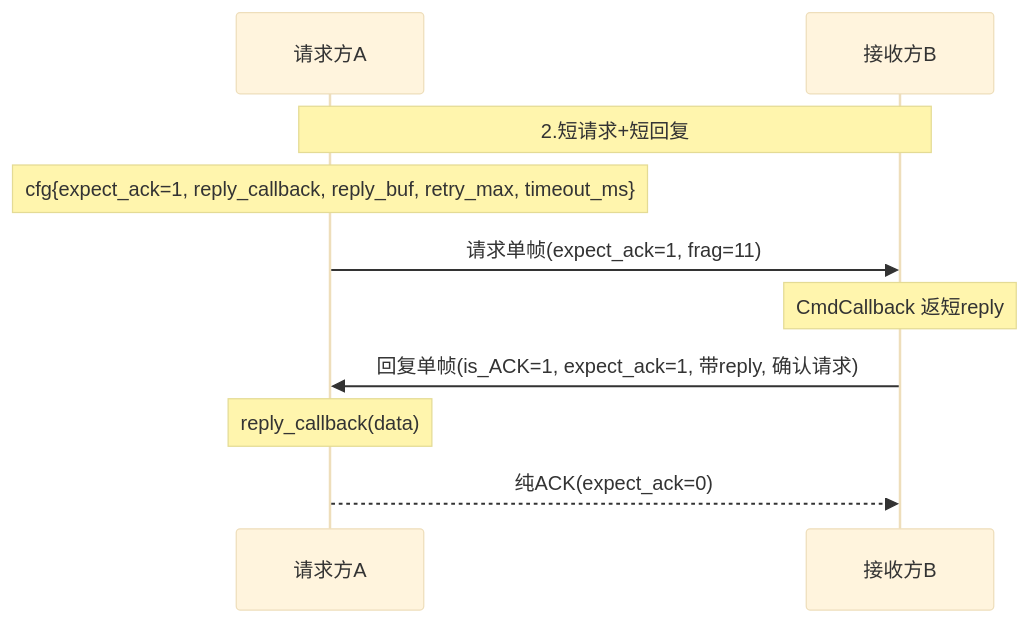
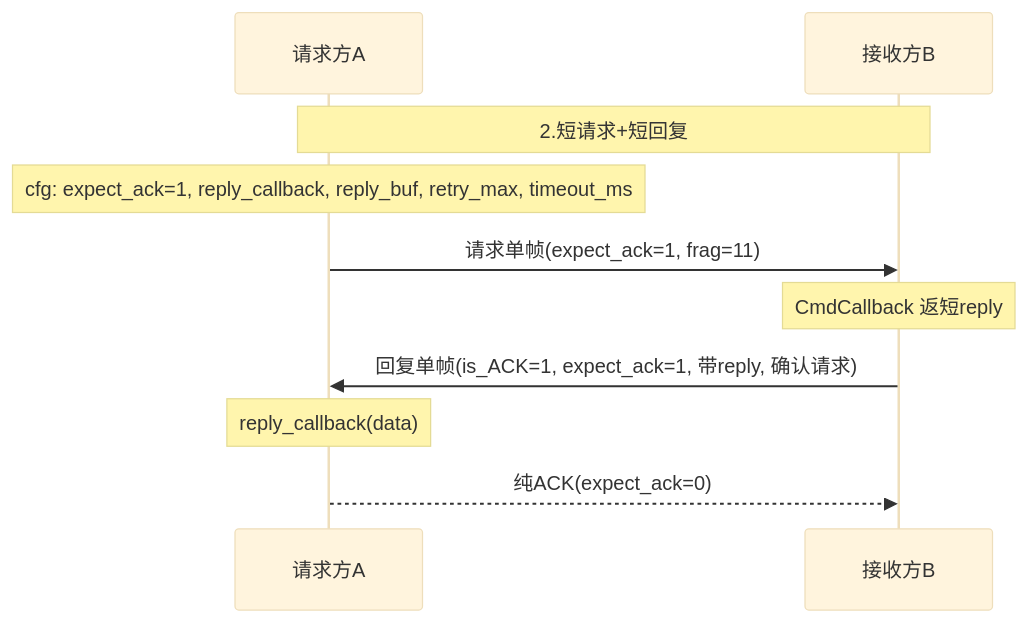
One commit to Siaiai/ObsidianNote changed the second of 14 diagrams in 工作/项目/代码/260401S3分拣面板-SIA-R9000P.md. Above: the diagram before and after it, drawn with Mermaid (base theme). The commit also changed other lines of this file and 1 other file, not shown here.

````diff
--- a/工作/项目/代码/260401S3分拣面板-SIA-R9000P.md
+++ b/工作/项目/代码/260401S3分拣面板-SIA-R9000P.md
@@ -111,12 +111,12 @@
 ```mermaid
 sequenceDiagram
     participant A as 请求方A
     participant B as 接收方B
     Note over A,B: 2.短请求+短回复
-    Note over A: cfg{expect_ack=1, reply_callback, reply_buf, retry_max, timeout_ms}
+    Note over A: cfg: expect_ack=1, reply_callback, reply_buf, retry_max, timeout_ms
     A->>B: 请求单帧(expect_ack=1, frag=11)
     Note over B: CmdCallback 返短reply
     B->>A: 回复单帧(is_ACK=1, expect_ack=1, 带reply, 确认请求)
     Note over A: reply_callback(data)
     A-->>B: 纯ACK(expect_ack=0)
 ```
````
